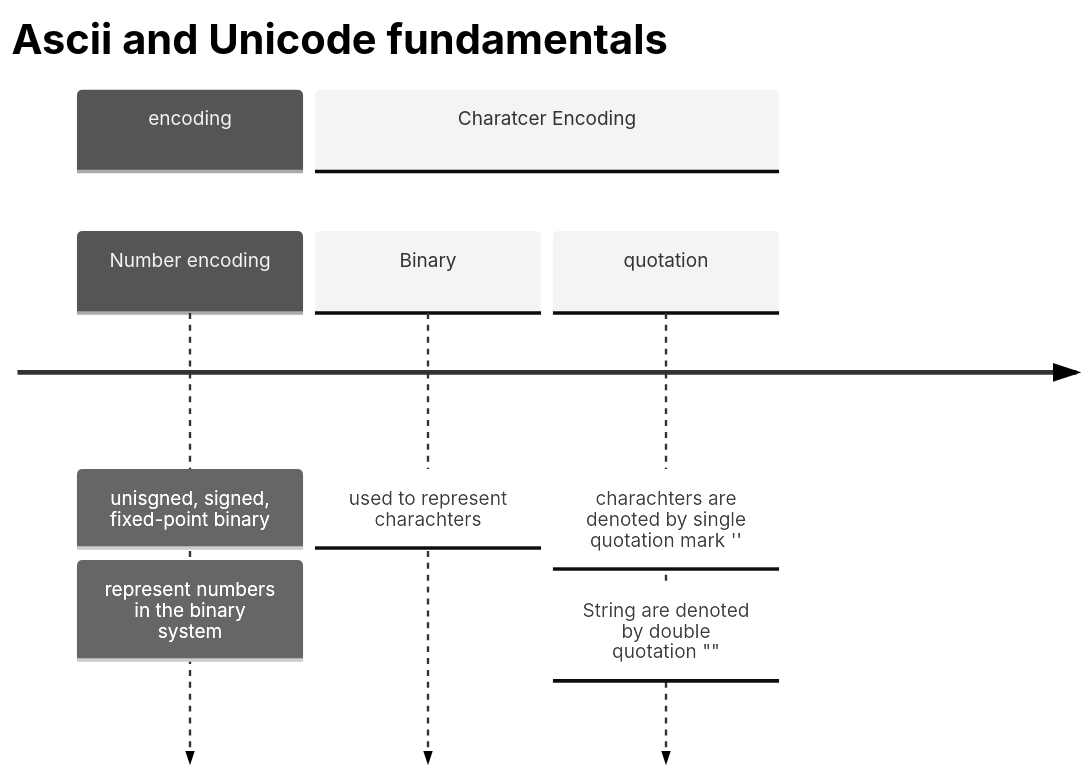
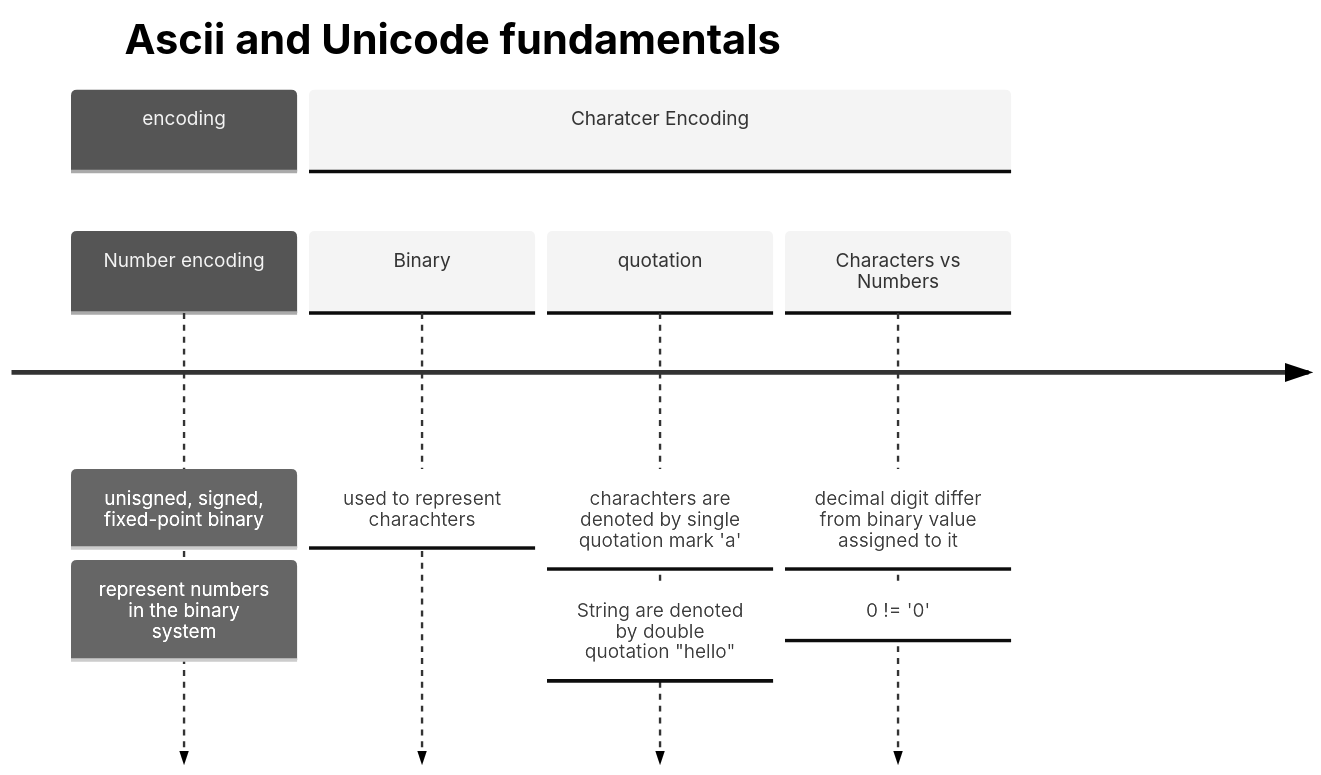
One commit to Marius-PA/ComputerScienceNotes changed the diagram in 2023_Notes/week06-12_november/ascii_and_unicode.md. Above: the diagram before and after it, drawn with Mermaid (neutral theme). The commit also changed other lines of this file, not shown here.

````diff
--- a/2023_Notes/week06-12_november/ascii_and_unicode.md
+++ b/2023_Notes/week06-12_november/ascii_and_unicode.md
@@ -54,12 +54,13 @@
 ```mermaid
 timeline
     title Ascii and Unicode fundamentals
     section encoding
         Number encoding : unisgned, signed, fixed-point binary
                         : represent numbers in the binary system
         section Charatcer Encoding
                         Binary : used to represent charachters
-                        quotation : charachters are denoted by single quotation mark ''
-                                  : String are denoted by double quotation ""
+                        quotation : charachters are denoted by single quotation mark 'a'
+                                  : String are denoted by double quotation "hello"
+                        Characters vs Numbers : decimal digit differ from binary value assigned to it : 0 != '0'
 
 ```
````
